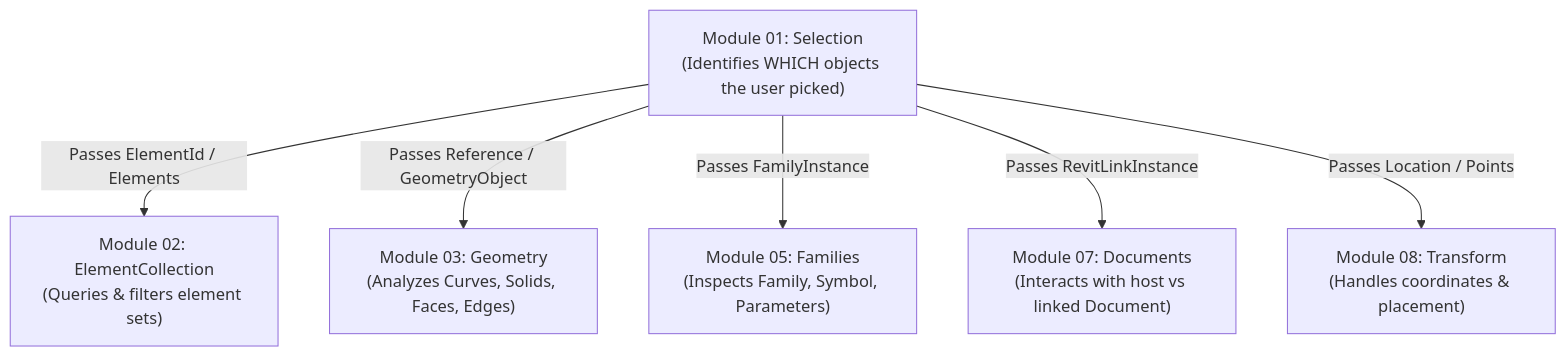
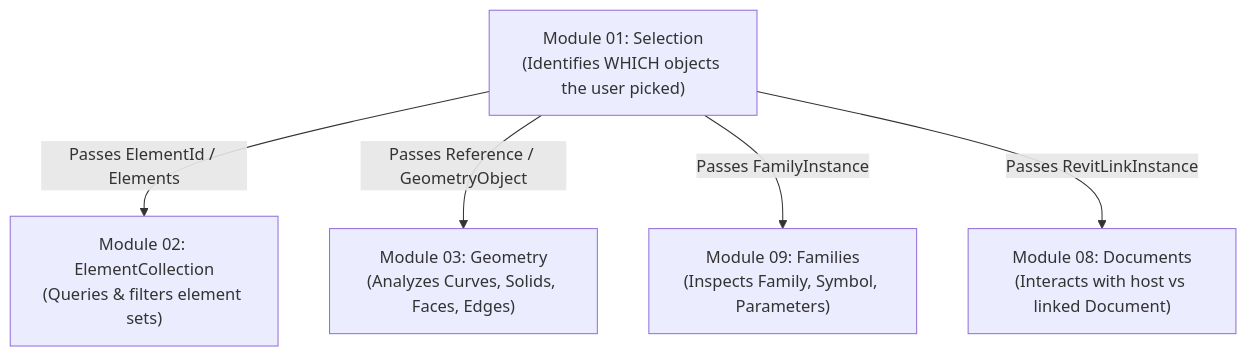
The seventh of 9 diagrams in RevitApiSamples/Samples/Selections/Selection.md (Mustafa-TOMMY/CommandSamplesRevitApiVer2025), drawn with Mermaid before and after one commit. The commit also changed other lines of this file and 7 other files, not shown here.

Commit message:
docs: standardize module numbering 01-09 and fix mermaid diagram syntax across all modules

````diff
--- a/RevitApiSamples/Samples/Selections/Selection.md
+++ b/RevitApiSamples/Samples/Selections/Selection.md
@@ -501,9 +501,8 @@
 ```mermaid
 flowchart TD
-    Selection["Module 01: Selection\n(Identifies WHICH objects the user picked)"]
-    Selection -->|"Passes ElementId / Elements"| ElementCollection["Module 02: ElementCollection\n(Queries & filters element sets)"]
-    Selection -->|"Passes Reference / GeometryObject"| Geometry["Module 03: Geometry\n(Analyzes Curves, Solids, Faces, Edges)"]
-    Selection -->|"Passes FamilyInstance"| Families["Module 05: Families\n(Inspects Family, Symbol, Parameters)"]
-    Selection -->|"Passes RevitLinkInstance"| Documents["Module 07: Documents\n(Interacts with host vs linked Document)"]
-    Selection -->|"Passes Location / Points"| Transforms["Module 08: Transform\n(Handles coordinates & placement)"]
+    Selection["Module 01: Selection<br/>(Identifies WHICH objects the user picked)"]
+    Selection -->|"Passes ElementId / Elements"| ElementCollection["Module 02: ElementCollection<br/>(Queries & filters element sets)"]
+    Selection -->|"Passes Reference / GeometryObject"| Geometry["Module 03: Geometry<br/>(Analyzes Curves, Solids, Faces, Edges)"]
+    Selection -->|"Passes FamilyInstance"| Families["Module 09: Families<br/>(Inspects Family, Symbol, Parameters)"]
+    Selection -->|"Passes RevitLinkInstance"| Documents["Module 08: Documents<br/>(Interacts with host vs linked Document)"]
 ```
````
